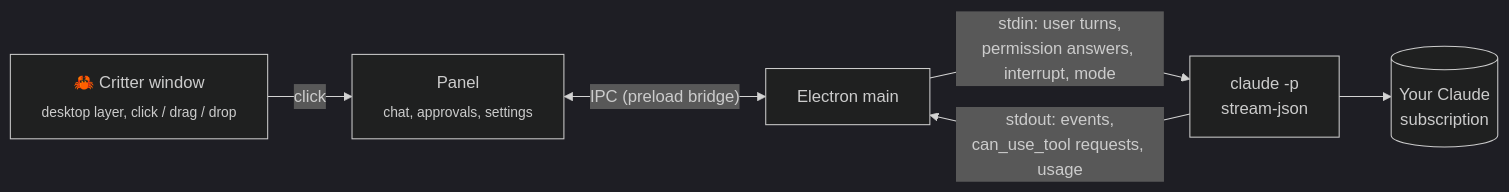
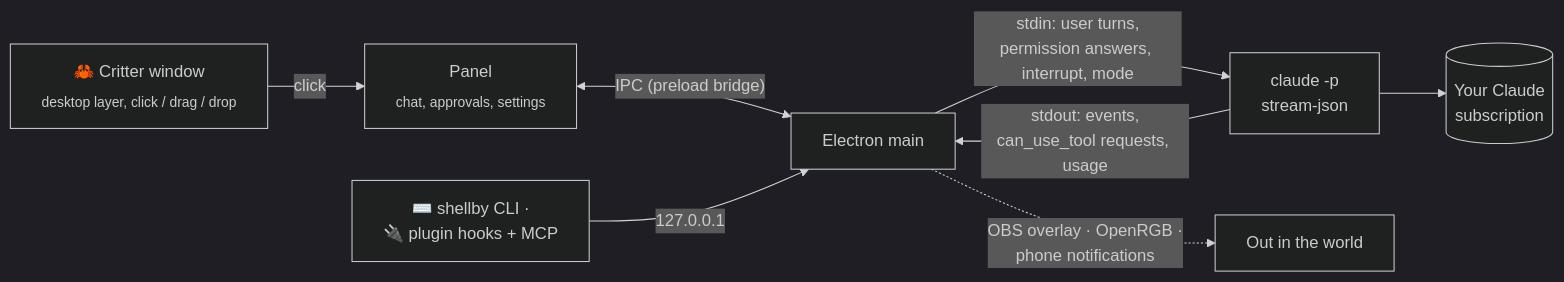
The diagram in README.md (tbarford-decisonpt/shellby), drawn with Mermaid (dark theme) before and after one commit. The commit also changed other lines of this file and 51 other files, not shown here.

````diff
--- a/README.md
+++ b/README.md
@@ -203,8 +315,10 @@
 ```mermaid
 flowchart LR
     C["🦀 Critter window<br/><sub>desktop layer, click / drag / drop</sub>"] -- click --> P["Panel<br/><sub>chat, approvals, settings</sub>"]
     P <-- "IPC (preload bridge)" --> M["Electron main"]
     M -- "stdin: user turns,<br/>permission answers, interrupt, mode" --> CLI["claude -p<br/>stream-json"]
     CLI -- "stdout: events,<br/>can_use_tool requests, usage" --> M
     CLI --> S[("Your Claude<br/>subscription")]
+    T["⌨️ shellby CLI ·<br/>🔌 plugin hooks + MCP"] -- "127.0.0.1" --> M
+    M -. "OBS overlay · OpenRGB ·<br/>phone notifications" .-> O["Out in the world"]
 ```
````
